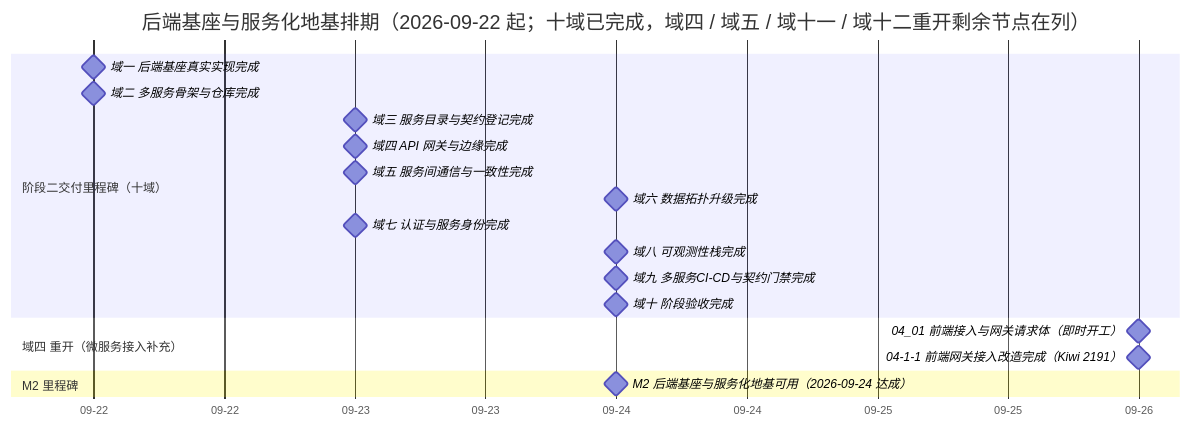
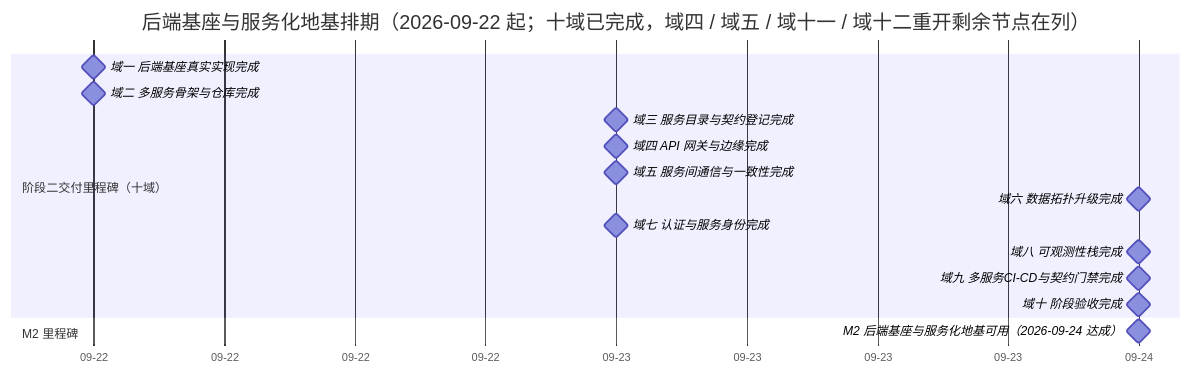
The diagram in bms文档/项目/02_后端基座与服务化地基/计划/01_计划_后端基座与服务化地基.md (minjian123/basic-management-system), drawn with Mermaid before and after one commit. The commit also changed other lines of this file and 5 other files, not shown here.

````diff
--- a/bms文档/项目/02_后端基座与服务化地基/计划/01_计划_后端基座与服务化地基.md
+++ b/bms文档/项目/02_后端基座与服务化地基/计划/01_计划_后端基座与服务化地基.md
@@ -72,22 +72,19 @@
 ```mermaid
 gantt
     title 后端基座与服务化地基排期（2026-09-22 起；十域已完成，域四 / 域五 / 域十一 / 域十二重开剩余节点在列）
     dateFormat  YYYY-MM-DD
     axisFormat %m-%d
     section 阶段二交付里程碑（十域）
     域一 后端基座真实实现完成 :milestone, m01, 2026-09-22, 0d
     域二 多服务骨架与仓库完成 :milestone, m02, 2026-09-22, 0d
     域三 服务目录与契约登记完成 :milestone, m03, 2026-09-23, 0d
     域四 API 网关与边缘完成 :milestone, m04, 2026-09-23, 0d
     域五 服务间通信与一致性完成 :milestone, m05, 2026-09-23, 0d
     域六 数据拓扑升级完成 :milestone, m06, 2026-09-24, 0d
     域七 认证与服务身份完成 :milestone, m07, 2026-09-23, 0d
     域八 可观测性栈完成 :milestone, m08, 2026-09-24, 0d
     域九 多服务CI-CD与契约门禁完成 :milestone, m09, 2026-09-24, 0d
     域十 阶段验收完成 :milestone, m10, 2026-09-24, 0d
-    section 域四 重开（微服务接入补充）
-    04_01 前端接入与网关请求体（即时开工） :milestone, m0401x, 2026-09-26, 0d
-    04-1-1 前端网关接入改造完成（Kiwi 2191） :milestone, m0401a, 2026-09-26, 0d
     section M2 里程碑
     M2 后端基座与服务化地基可用（2026-09-24 达成） :milestone, mm2, 2026-09-24, 0d
 ```
````
